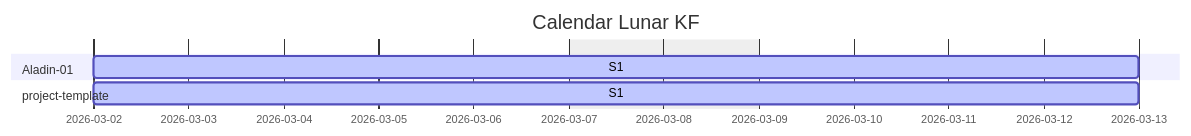
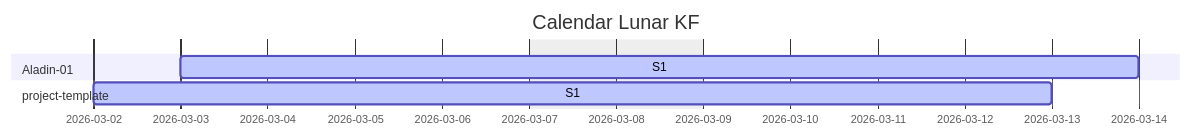
One commit to Katty-Fashion/kf-cpto changed the second of 2 diagrams in docs/unified-calendar.md. Above: the diagram before and after it, drawn with Mermaid. The commit also changed other lines of this file and 5 other files, not shown here.

````diff
--- a/docs/unified-calendar.md
+++ b/docs/unified-calendar.md
@@ -22,11 +22,11 @@
 ```mermaid
 gantt
     title Calendar Lunar KF
     dateFormat YYYY-MM-DD
     excludes weekends
 
     section Aladin-01
-    S1 :active, 2026-03-02, 2026-03-13
+    S1 :active, 2026-03-03, 2026-03-14
     section project-template
     S1 :active, 2026-03-02, 2026-03-13
 ```
````
